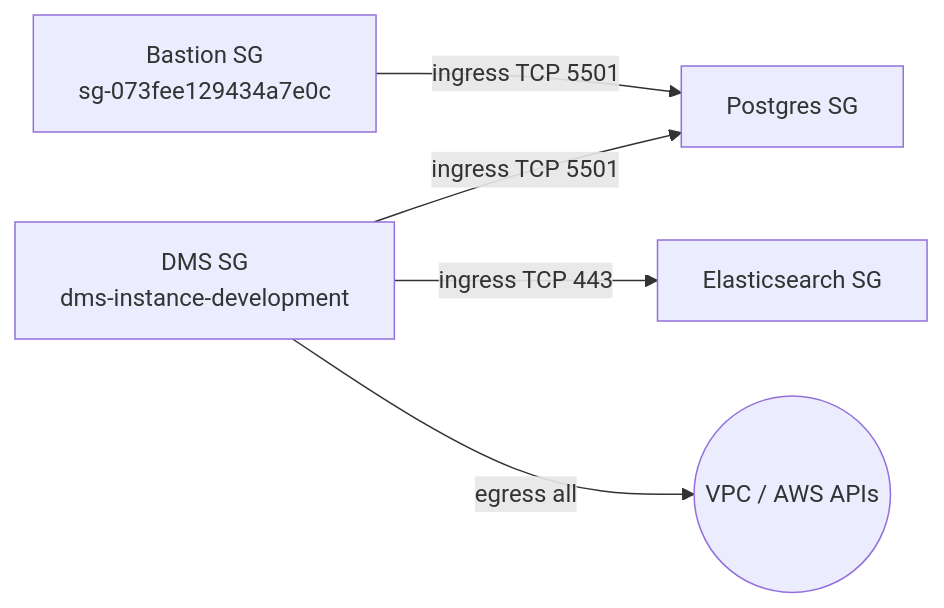
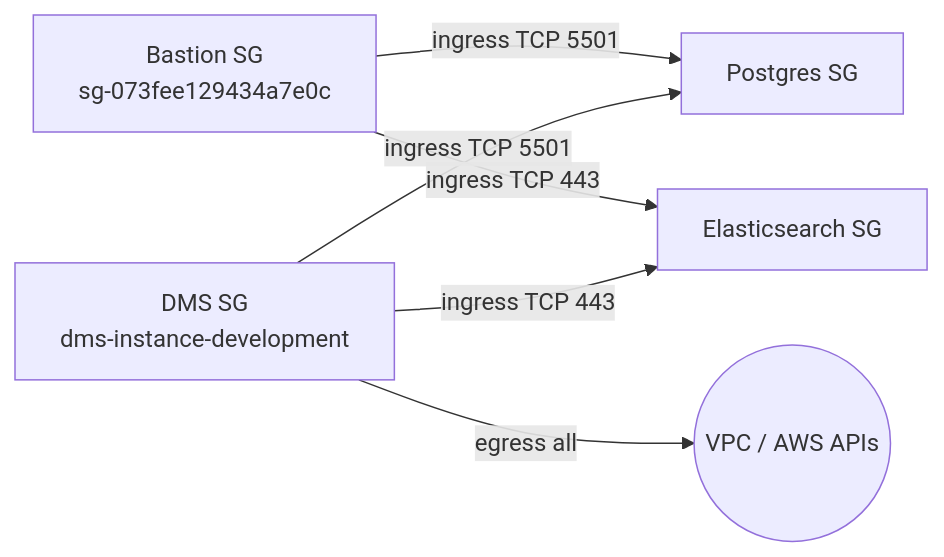
One commit to LBHackney-IT/addresses-api changed the second of 4 diagrams in terraform/development/README.md. Above: the diagram before and after it, drawn with Mermaid. The commit also changed other lines of this file and 1 other file, not shown here.

Commit message:
give bastion access to es

````diff
--- a/terraform/development/README.md
+++ b/terraform/development/README.md
@@ -50,12 +51,13 @@
 ```mermaid
 flowchart LR
   bastionSg["Bastion SG<br/>sg-073fee129434a7e0c"]
   dmsSg["DMS SG<br/>dms-instance-development"]
   pgSg["Postgres SG"]
   esSg["Elasticsearch SG"]
 
   bastionSg -->|ingress TCP 5501| pgSg
+  bastionSg -->|ingress TCP 443| esSg
   dmsSg -->|ingress TCP 5501| pgSg
   dmsSg -->|ingress TCP 443| esSg
   dmsSg -->|egress all| internet((VPC / AWS APIs))
 ```
````
